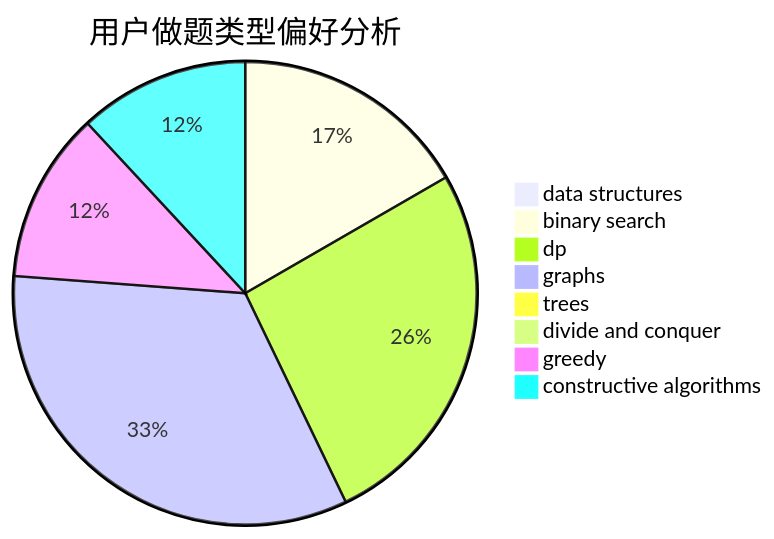
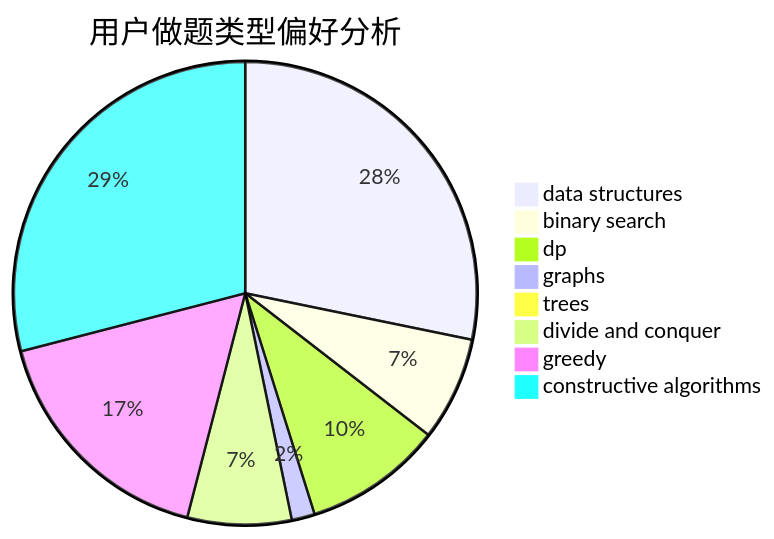
One commit to sherpahu/cfrs.github.io changed the second of 3 diagrams in docs/user/u810.md. Above: the diagram before and after it, drawn with Mermaid. The commit also changed other lines of this file and 2770 other files, not shown here.

````diff
--- a/docs/user/u810.md
+++ b/docs/user/u810.md
@@ -23,11 +23,11 @@
 ```mermaid
 pie title 用户做题类型偏好分析
-    "data structures" :  0
-    "binary search" :  7
-    "dp" :  11
-    "graphs" :  14
+    "data structures" :  35
+    "binary search" :  9
+    "dp" :  12
+    "graphs" :  2
     "trees" :  0
-    "divide and conquer" :  0
-    "greedy" :  5
-    "constructive algorithms" :  5
+    "divide and conquer" :  9
+    "greedy" :  21
+    "constructive algorithms" :  36
 ```
````
